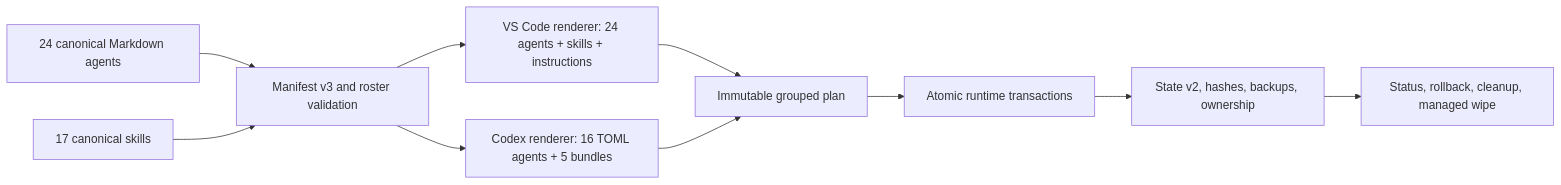
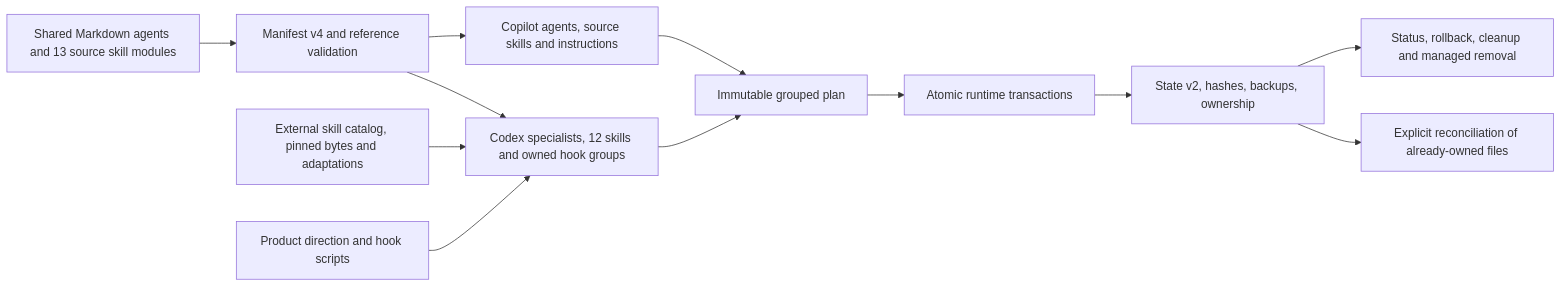
Before and after one commit to rMartine/agent-forge: the diagram in project_docs/architecture/architecture.md, drawn with Mermaid. The commit also changed other lines of this file and 11 other files, not shown here.

````diff
--- a/project_docs/architecture/architecture.md
+++ b/project_docs/architecture/architecture.md
@@ -7,12 +9,14 @@
 ```mermaid
 flowchart LR
-  A["24 canonical Markdown agents"] --> V["Manifest v3 and roster validation"]
-  S["17 canonical skills"] --> V
-  V --> C["VS Code renderer: 24 agents + skills + instructions"]
-  V --> O["Codex renderer: 16 TOML agents + 5 bundles"]
+  A["Shared Markdown agents and 13 source skill modules"] --> V["Manifest v4 and reference validation"]
+  E["External skill catalog, pinned bytes and adaptations"] --> O
+  H["Product direction and hook scripts"] --> O
+  V --> C["Copilot agents, source skills and instructions"]
+  V --> O["Codex specialists, 12 skills and owned hook groups"]
   C --> P["Immutable grouped plan"]
   O --> P
   P --> T["Atomic runtime transactions"]
   T --> L["State v2, hashes, backups, ownership"]
-  L --> R["Status, rollback, cleanup, managed wipe"]
+  L --> R["Status, rollback, cleanup and managed removal"]
+  L --> B["Explicit reconciliation of already-owned files"]
 ```
````
